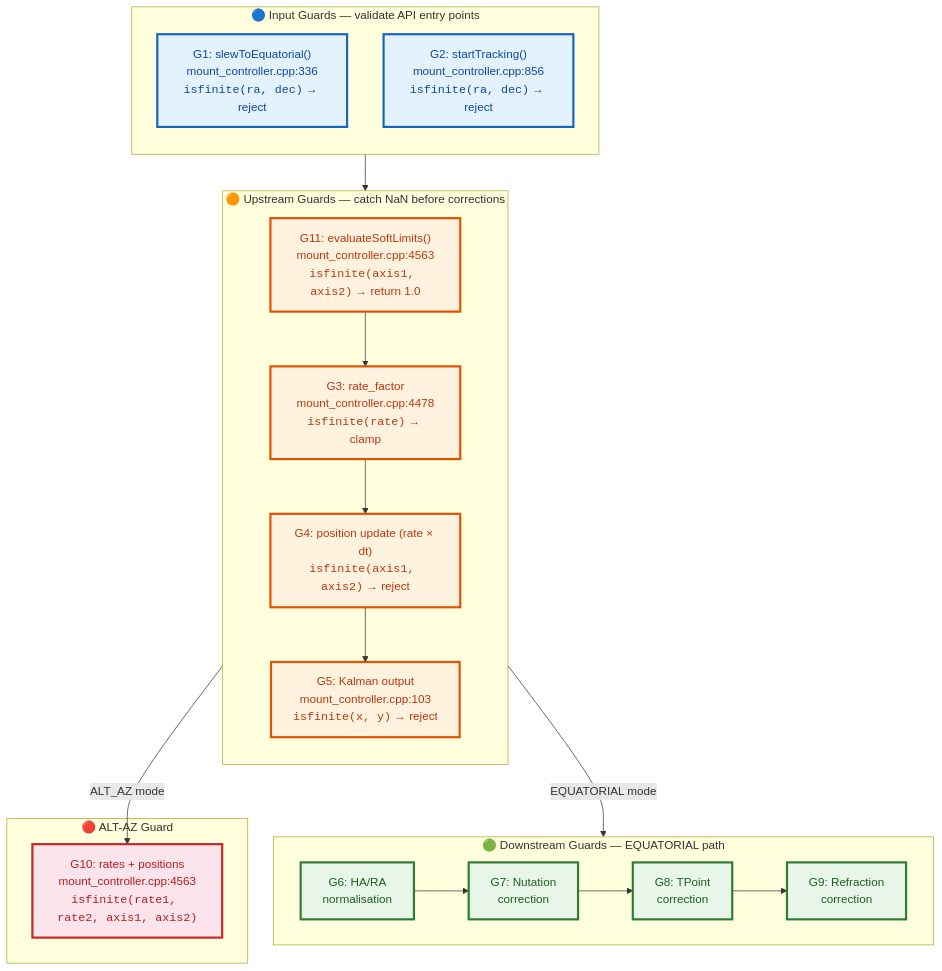
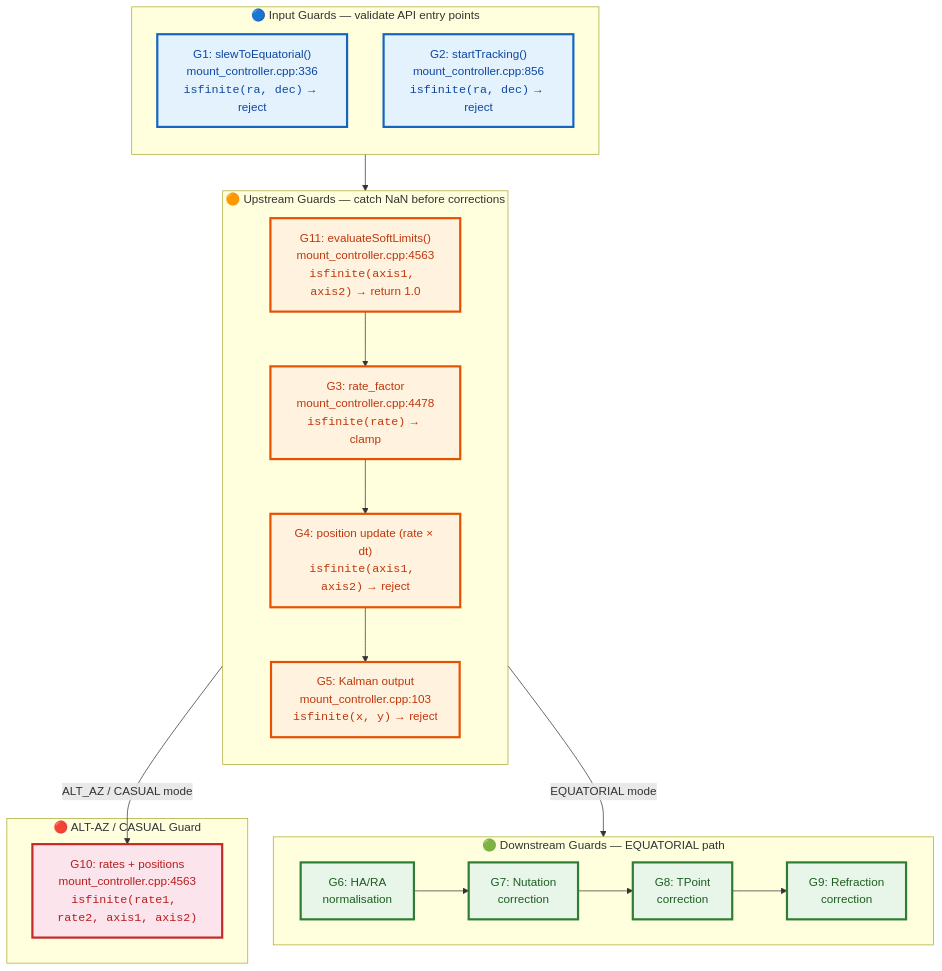
Before and after one commit to pielaszkiewicz-jacek/astro_mount_control: the third of 3 diagrams in docs/en/architecture.md, drawn with Mermaid. The commit also changed 4 other files, not shown here.

````diff
--- a/docs/en/architecture.md
+++ b/docs/en/architecture.md
@@ -411,47 +411,47 @@
 ```mermaid
 flowchart TB
     %% Styles
     classDef input fill:#e3f2fd,stroke:#1565c0,stroke-width:3px,color:#0d47a1
     classDef upstream fill:#fff3e0,stroke:#e65100,stroke-width:3px,color:#bf360c
     classDef downstream fill:#e8f5e9,stroke:#2e7d32,stroke-width:3px,color:#1b5e20
     classDef altaz fill:#fce4ec,stroke:#c62828,stroke-width:3px,color:#b71c1c
 
     subgraph INPUT["🔵 Input Guards — validate API entry points"]
         direction TB
         G1["G1: slewToEquatorial()<br/>mount_controller.cpp:336<br/><code>isfinite(ra, dec)</code> → reject"]
         G2["G2: startTracking()<br/>mount_controller.cpp:856<br/><code>isfinite(ra, dec)</code> → reject"]
     end
 
     subgraph UPSTREAM["🟠 Upstream Guards — catch NaN before corrections"]
         direction TB
         G11["G11: evaluateSoftLimits()<br/>mount_controller.cpp:4563<br/><code>isfinite(axis1, axis2)</code> → return 1.0"]
         G3["G3: rate_factor<br/>mount_controller.cpp:4478<br/><code>isfinite(rate)</code> → clamp"]
         G4["G4: position update (rate × dt)<br/><code>isfinite(axis1, axis2)</code> → reject"]
         G5["G5: Kalman output<br/>mount_controller.cpp:103<br/><code>isfinite(x, y)</code> → reject"]
     end
 
     subgraph DOWNSTREAM["🟢 Downstream Guards — EQUATORIAL path"]
         direction LR
         G6["G6: HA/RA<br/>normalisation"]
         G7["G7: Nutation<br/>correction"]
         G8["G8: TPoint<br/>correction"]
         G9["G9: Refraction<br/>correction"]
     end
 
-    subgraph ALTAZ["🔴 ALT-AZ Guard"]
+    subgraph ALTAZ["🔴 ALT-AZ / CASUAL Guard"]
         G10["G10: rates + positions<br/>mount_controller.cpp:4563<br/><code>isfinite(rate1, rate2, axis1, axis2)</code>"]
     end
 
     INPUT --> G11
     G11 --> G3
     G3 --> G4
     G4 --> G5
     G5 -->|"EQUATORIAL mode"| G6
-    G5 -->|"ALT_AZ mode"| G10
+    G5 -->|"ALT_AZ / CASUAL mode"| G10
     G6 --> G7 --> G8 --> G9
 
     class G1,G2 input
     class G11,G3,G4,G5 upstream
     class G6,G7,G8,G9 downstream
     class G10 altaz
 ```
````
